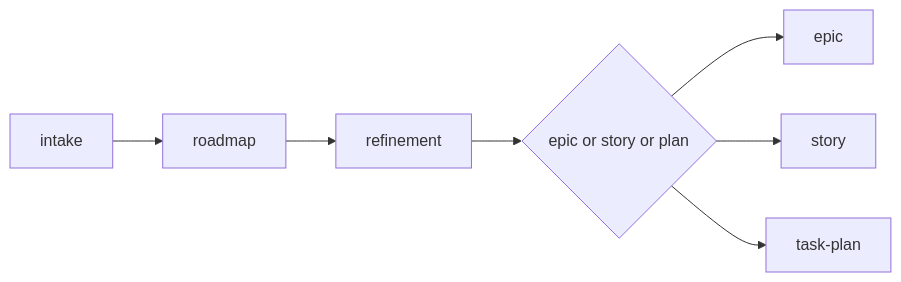
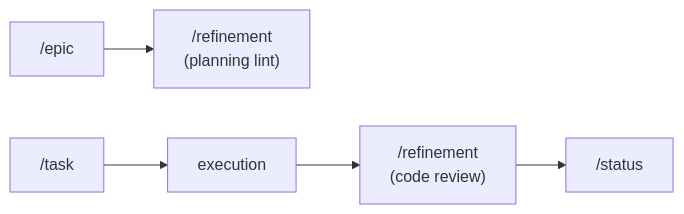
One commit to djalmajr/essential-skills changed the diagram in skills/agile-refinement/SKILL.md. Above: the diagram before and after it, drawn with Mermaid. The commit also changed other lines of this file and 60 other files, not shown here.

````diff
--- a/skills/agile-refinement/SKILL.md
+++ b/skills/agile-refinement/SKILL.md
@@ -122,9 +159,7 @@
 ```mermaid
 flowchart LR
-    A[intake] --> B[roadmap]
-    B --> C[refinement]
-    C --> D{epic or story or plan}
-    D --> E[epic]
-    D --> F[story]
-    D --> G["task-plan"]
+    A["/epic"] --> B["/refinement<br>(planning lint)"]
+    C["/task"] --> D[execution]
+    D --> E["/refinement<br>(code review)"]
+    E --> F["/status"]
 ```
````
